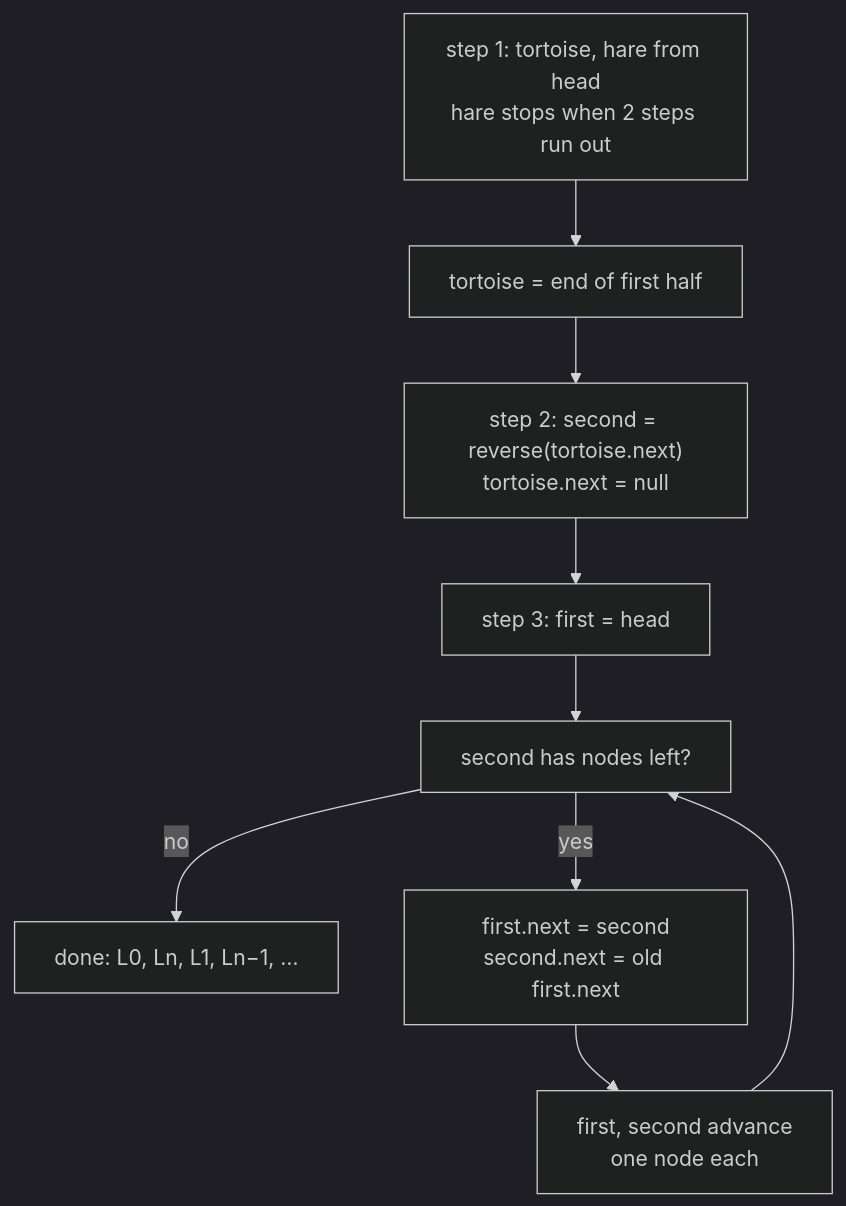
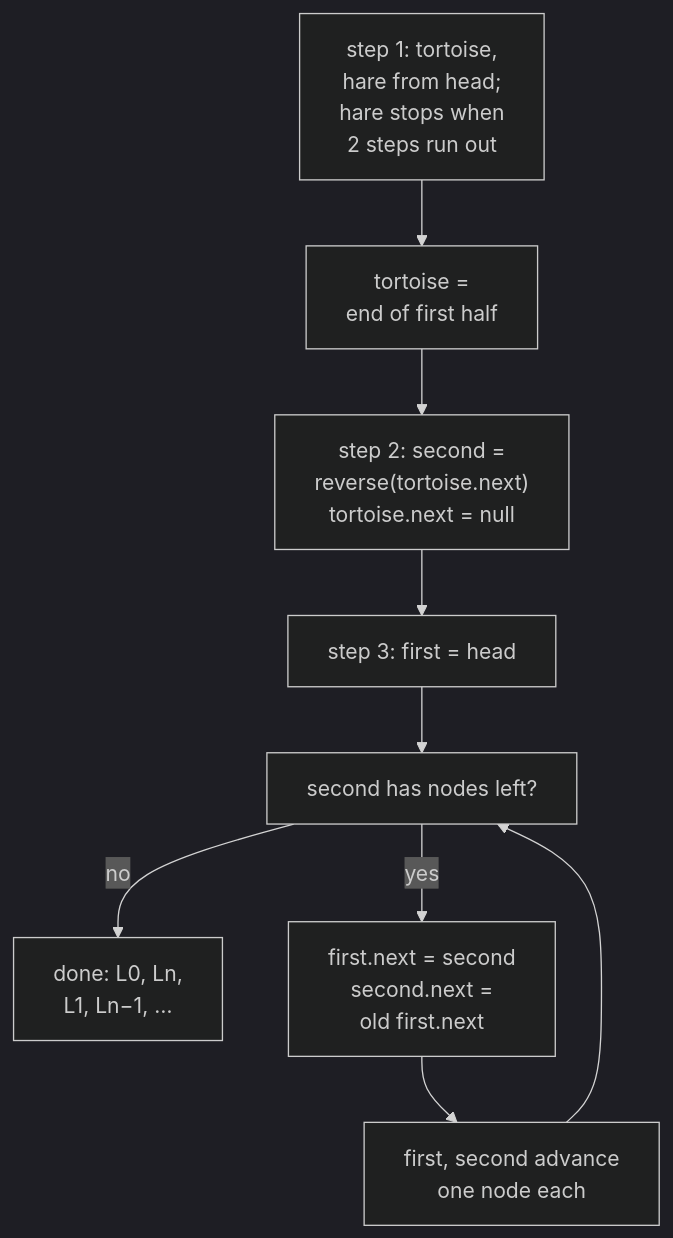
One commit to duongbui234/software-engineering-atlas changed the diagram in content/en/problems/reorder-list.md. Above: the diagram before and after it, drawn with Mermaid (dark theme). The commit also changed 134 other files, not shown here.

First line of the commit message:
Fit every Mermaid diagram at 390px without sideways scroll (#56)

````diff
--- a/content/en/problems/reorder-list.md
+++ b/content/en/problems/reorder-list.md
@@ -51,11 +51,11 @@
 ```mermaid
 flowchart TB
-  A["step 1: tortoise, hare from head<br/>hare stops when 2 steps run out"] --> B["tortoise = end of first half"]
-  B --> C["step 2: second = reverse(tortoise.next)<br/>tortoise.next = null"]
+  A["step 1: tortoise,<br/>hare from head;<br/>hare stops when<br/>2 steps run out"] --> B["tortoise =<br/>end of first half"]
+  B --> C["step 2: second =<br/>reverse(tortoise.next)<br/>tortoise.next = null"]
   C --> D["step 3: first = head"]
   D --> E["second has nodes left?"]
-  E -->|"no"| Z["done: L0, Ln, L1, Ln−1, …"]
-  E -->|"yes"| F["first.next = second<br/>second.next = old first.next"]
+  E -->|"no"| Z["done: L0, Ln,<br/>L1, Ln−1, …"]
+  E -->|"yes"| F["first.next = second<br/>second.next =<br/>old first.next"]
   F --> G["first, second advance<br/>one node each"]
   G --> E
 ```
````
